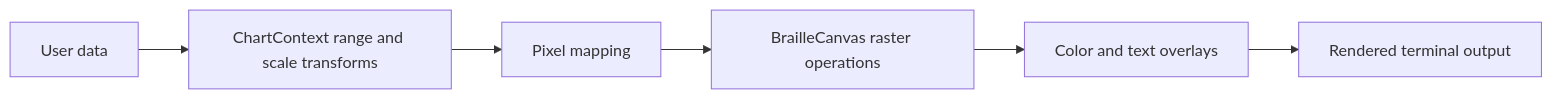
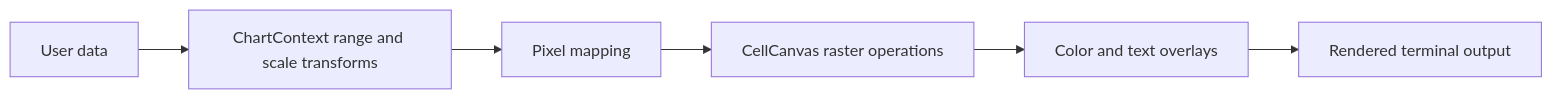
Before and after one commit to rupurt/txtplot: the diagram in ARCHITECTURE.md, drawn with Mermaid. The commit also changed other lines of this file and 2 other files, not shown here.

Commit message:
docs: align architecture planning

````diff
--- a/ARCHITECTURE.md
+++ b/ARCHITECTURE.md
@@ -74,8 +76,8 @@
 ```mermaid
 flowchart LR
     A[User data] --> B[ChartContext range and scale transforms]
     B --> C[Pixel mapping]
-    C --> D[BrailleCanvas raster operations]
+    C --> D[CellCanvas raster operations]
     D --> E[Color and text overlays]
     E --> F[Rendered terminal output]
 ```
````
